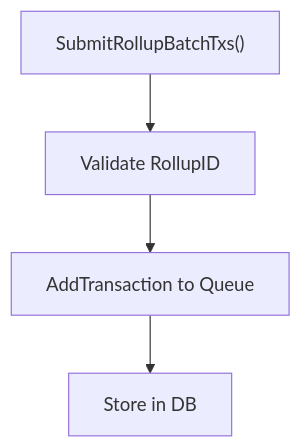
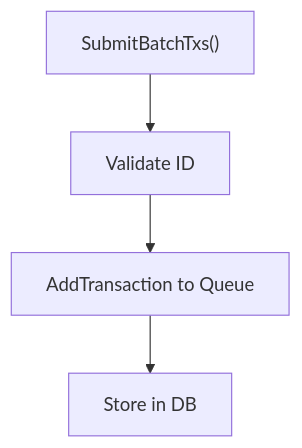
One commit to rollkit/rollkit changed the third of 6 diagrams in sequencers/single/README.md. Above: the diagram before and after it, drawn with Mermaid. The commit also changed other lines of this file and 27 other files, not shown here.

````diff
--- a/sequencers/single/README.md
+++ b/sequencers/single/README.md
@@ -66,6 +66,6 @@
 ```mermaid
 flowchart TD
-    A["SubmitRollupBatchTxs()"] --> B["Validate RollupID"]
+    A["SubmitBatchTxs()"] --> B["Validate ID"]
     B --> C["AddTransaction to Queue"]
     C --> D["Store in DB"]
 ```
````
